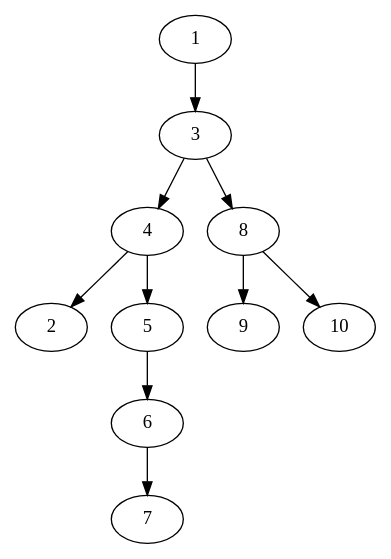
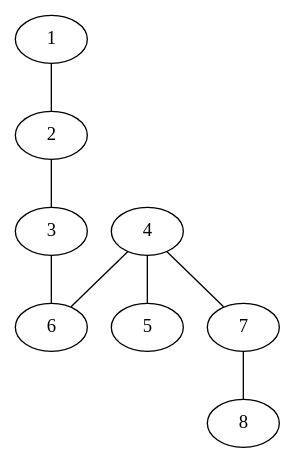
One commit to ArthurZucker/IAG_TP1_Final changed the diagram in digraph-1-postdfs.dot. Above: the diagram before and after it, drawn with Graphviz. The commit also changed 43 other files, not shown here.

```diff
--- a/digraph-1-postdfs.dot
+++ b/digraph-1-postdfs.dot
@@ -1,11 +1,9 @@
-digraph premier_graph {
-1 -> 3 ;
-2;3 -> 4 ;
-3 -> 8 ;
-4 -> 2 ;
-4 -> 5 ;
-5 -> 6 ;
-6 -> 7 ;
-7;8 -> 9 ;
-8 -> 10 ;
-9;10;}
+graph premier_graph {
+1 -- 2 ;
+2 -- 3 ;
+3 -- 6 ;
+4 -- 5 ;
+4 -- 6 ;
+4 -- 7 ;
+7 -- 8 ;
+}
```
